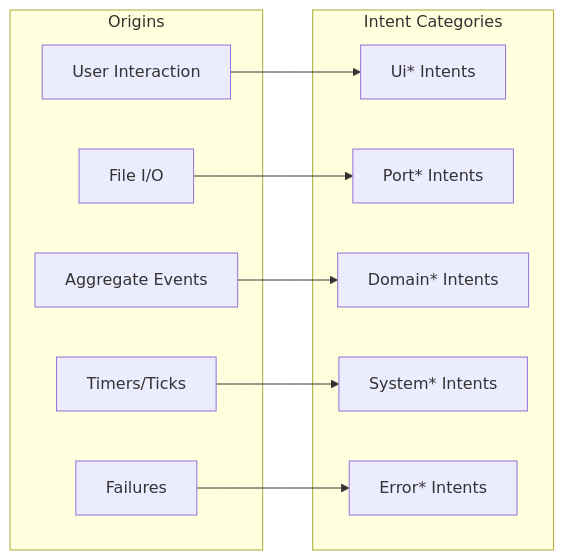
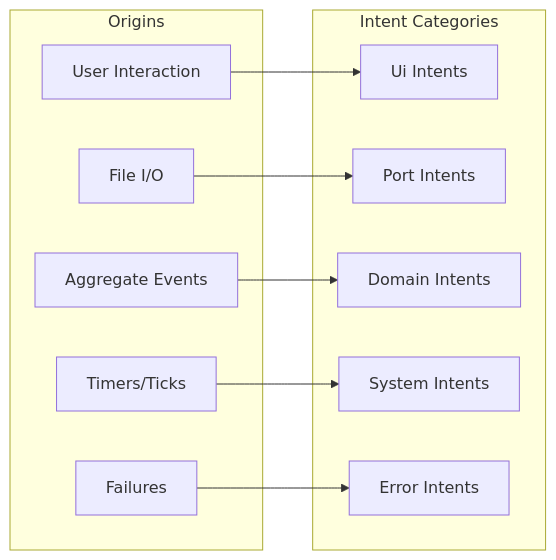
One commit to TheCowboyAI/cim-keys changed the fifth of 10 diagrams in ARCHITECTURE.md. Above: the diagram before and after it, drawn with Mermaid. The commit also changed other lines of this file and 11 other files, not shown here.

````diff
--- a/ARCHITECTURE.md
+++ b/ARCHITECTURE.md
@@ -160,24 +160,24 @@
 ```mermaid
 graph LR
-    subgraph "Intent Categories"
-        UI[Ui* Intents]
-        PORT[Port* Intents]
-        DOM[Domain* Intents]
-        SYS[System* Intents]
-        ERR[Error* Intents]
+    subgraph INTENTS["Intent Categories"]
+        UI["Ui Intents"]
+        PORT["Port Intents"]
+        DOM["Domain Intents"]
+        SYS["System Intents"]
+        ERR["Error Intents"]
     end
 
-    subgraph "Origins"
-        USER[User Interaction]
-        FILE[File I/O]
-        AGG[Aggregate Events]
-        TIMER[Timers/Ticks]
-        FAIL[Failures]
+    subgraph ORIGINS["Origins"]
+        USER["User Interaction"]
+        FILE["File I/O"]
+        AGG["Aggregate Events"]
+        TIMER["Timers/Ticks"]
+        FAIL["Failures"]
     end
 
     USER --> UI
     FILE --> PORT
     AGG --> DOM
     TIMER --> SYS
     FAIL --> ERR
 ```
````
